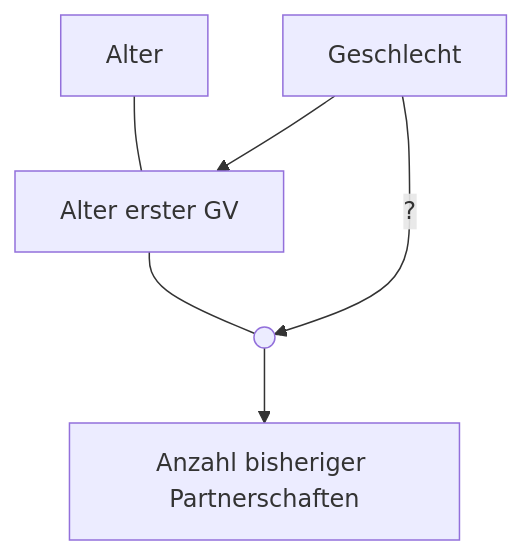
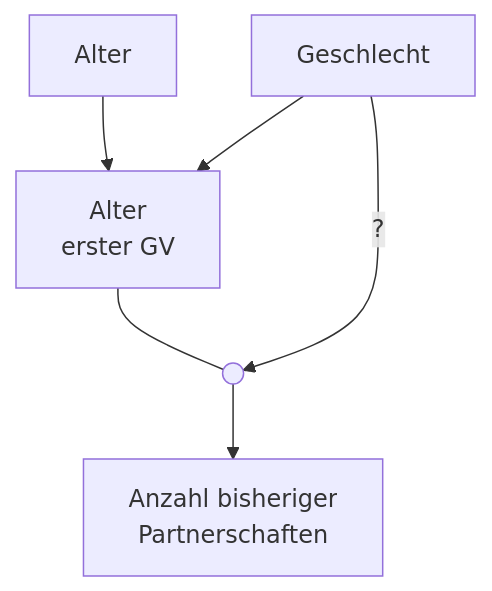
Before and after one commit to HauptSoc/grundlagen.emp.soz: the first of 2 diagrams in slides/19-Isolation_von_Einfluessen_P2.qmd, drawn with Mermaid. The commit also changed other lines of this file and 15 other files, not shown here.

````diff
--- a/slides/19-Isolation_von_Einfluessen_P2.qmd
+++ b/slides/19-Isolation_von_Einfluessen_P2.qmd
@@ -62,13 +62,19 @@
 ```{mermaid}
+%%{init: {
+  'theme': {'neutral'},
+  'themeVariables': { 'fontSize': '24px' },
+  'flowchart': { 'htmlLabels': true, 'useMaxWidth': false }
+}}%%
+
 flowchart TB
 
 A[Alter]
-S["Alter erster GV"]
-P["Anzahl bisheriger Partnerschaften"]
+S["Alter <br/> erster GV"]
+P["Anzahl bisheriger <br/> Partnerschaften"]
 G["Geschlecht"]
 I@{shape: sm-circ}
 
-A --- S
+A --> S
 G --> S --- I --> P
 G --?--> I
 ```
````
